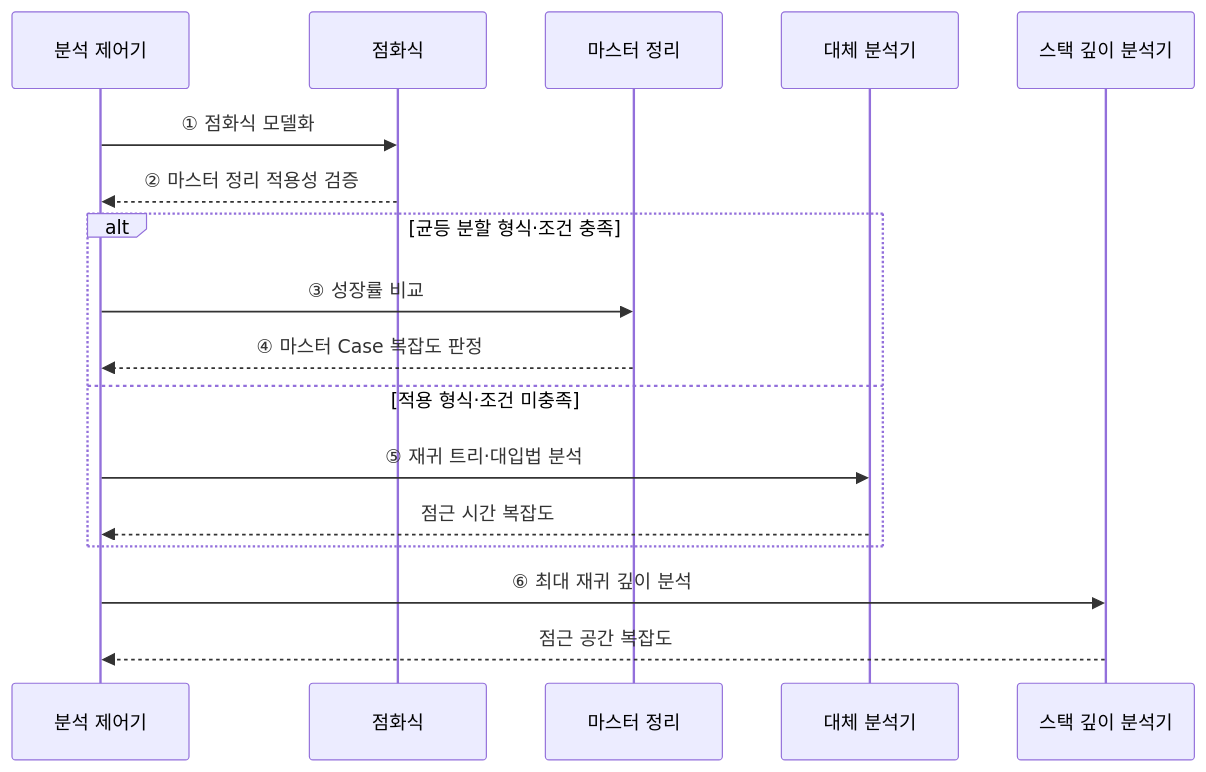
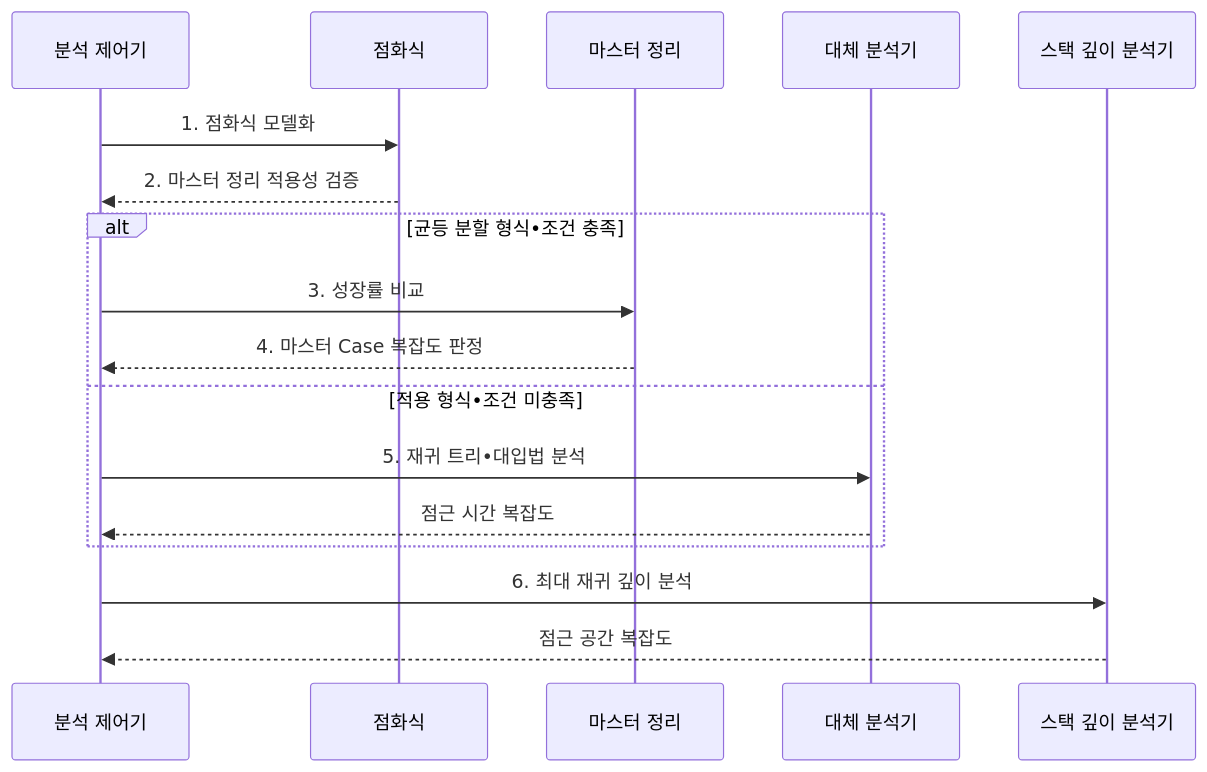
One commit to agnusdei1207/knowledge-base changed the second of 2 diagrams in src/content/docs/notes/01-basic-theory/058_recursive_algo_master.md. Above: the diagram before and after it, drawn with Mermaid. The commit also changed other lines of this file and 20 other files, not shown here.

````diff
--- a/src/content/docs/notes/01-basic-theory/058_recursive_algo_master.md
+++ b/src/content/docs/notes/01-basic-theory/058_recursive_algo_master.md
@@ -83,19 +87,19 @@
 ```mermaid
 sequenceDiagram
     participant C as 분석 제어기
     participant R as 점화식
     participant M as 마스터 정리
     participant A as 대체 분석기
     participant S as 스택 깊이 분석기
-    C->>R: ① 점화식 모델화
-    R-->>C: ② 마스터 정리 적용성 검증
-    alt 균등 분할 형식·조건 충족
-        C->>M: ③ 성장률 비교
-        M-->>C: ④ 마스터 Case 복잡도 판정
-    else 적용 형식·조건 미충족
-        C->>A: ⑤ 재귀 트리·대입법 분석
+    C->>R: 1. 점화식 모델화
+    R-->>C: 2. 마스터 정리 적용성 검증
+    alt 균등 분할 형식•조건 충족
+        C->>M: 3. 성장률 비교
+        M-->>C: 4. 마스터 Case 복잡도 판정
+    else 적용 형식•조건 미충족
+        C->>A: 5. 재귀 트리•대입법 분석
         A-->>C: 점근 시간 복잡도
     end
-    C->>S: ⑥ 최대 재귀 깊이 분석
+    C->>S: 6. 최대 재귀 깊이 분석
     S-->>C: 점근 공간 복잡도
 ```
````
